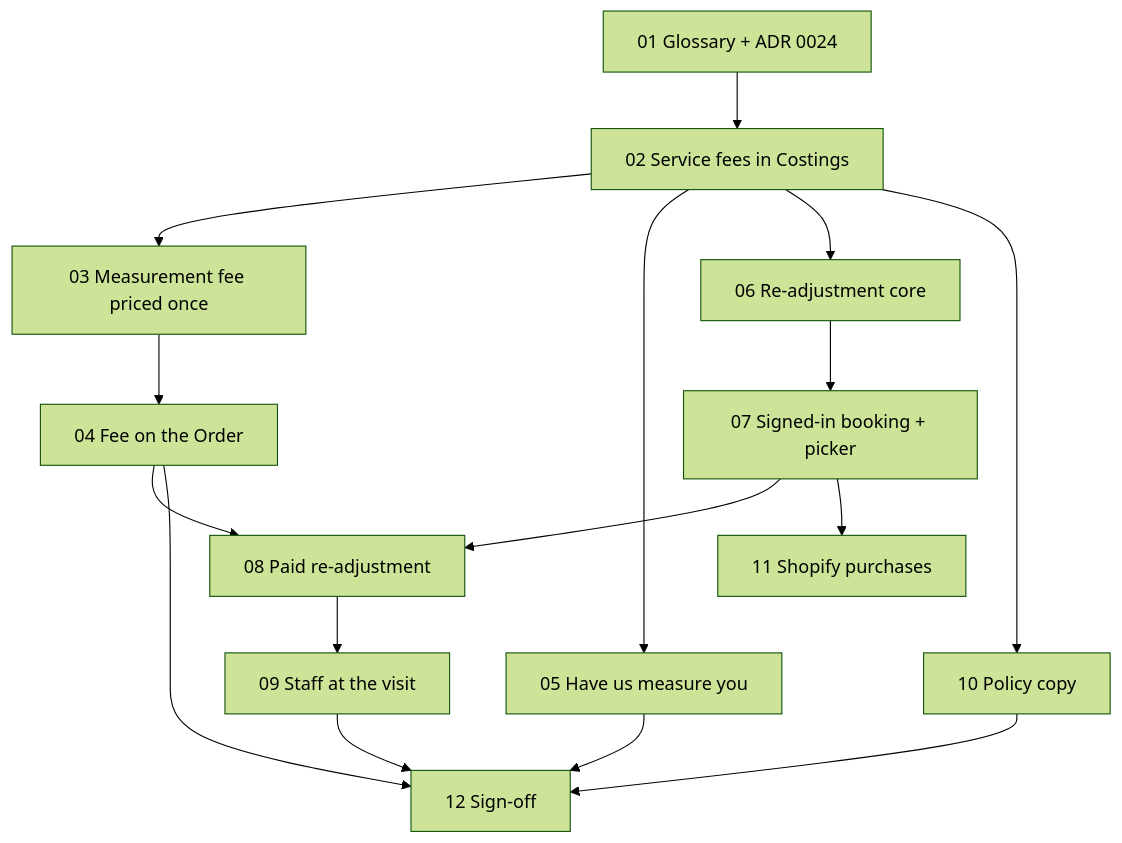
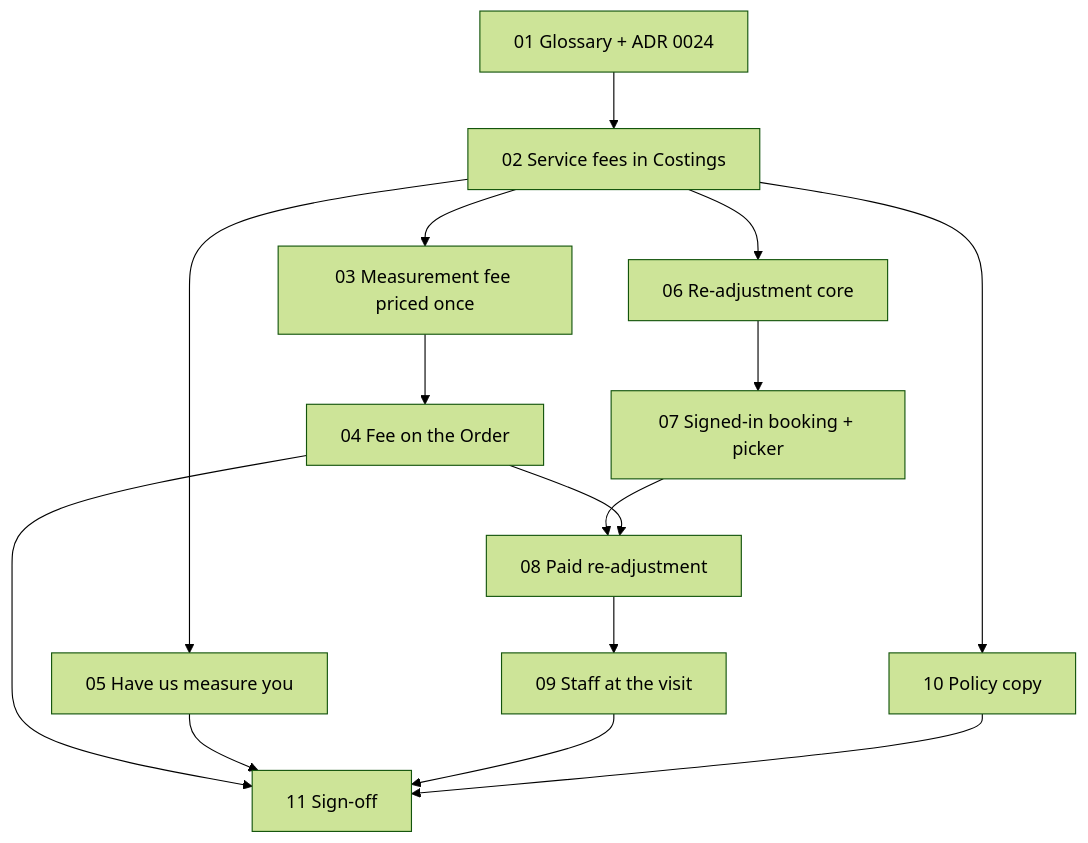
One commit to ivanyeors/mp changed the diagram in .claude/PRD-service-fees-readjustment/issues/README.md. Above: the diagram before and after it, drawn with Mermaid (forest theme). The commit also changed other lines of this file and 13 other files, not shown here.

````diff
--- a/.claude/PRD-service-fees-readjustment/issues/README.md
+++ b/.claude/PRD-service-fees-readjustment/issues/README.md
@@ -27,27 +26,25 @@
 ```mermaid
 graph TD
   s01[01 Glossary + ADR 0024]
   s02[02 Service fees in Costings]
   s03[03 Measurement fee priced once]
   s04[04 Fee on the Order]
   s05[05 Have us measure you]
   s06[06 Re-adjustment core]
   s07[07 Signed-in booking + picker]
   s08[08 Paid re-adjustment]
   s09[09 Staff at the visit]
   s10[10 Policy copy]
-  s11[11 Shopify purchases]
-  s12[12 Sign-off]
+  s11[11 Sign-off]
 
   s01 --> s02
   s02 --> s03 --> s04
   s02 --> s05
   s02 --> s06 --> s07 --> s08 --> s09
   s04 --> s08
   s02 --> s10
-  s07 --> s11
-  s04 --> s12
-  s05 --> s12
-  s09 --> s12
-  s10 --> s12
+  s04 --> s11
+  s05 --> s11
+  s09 --> s11
+  s10 --> s11
 ```
````
